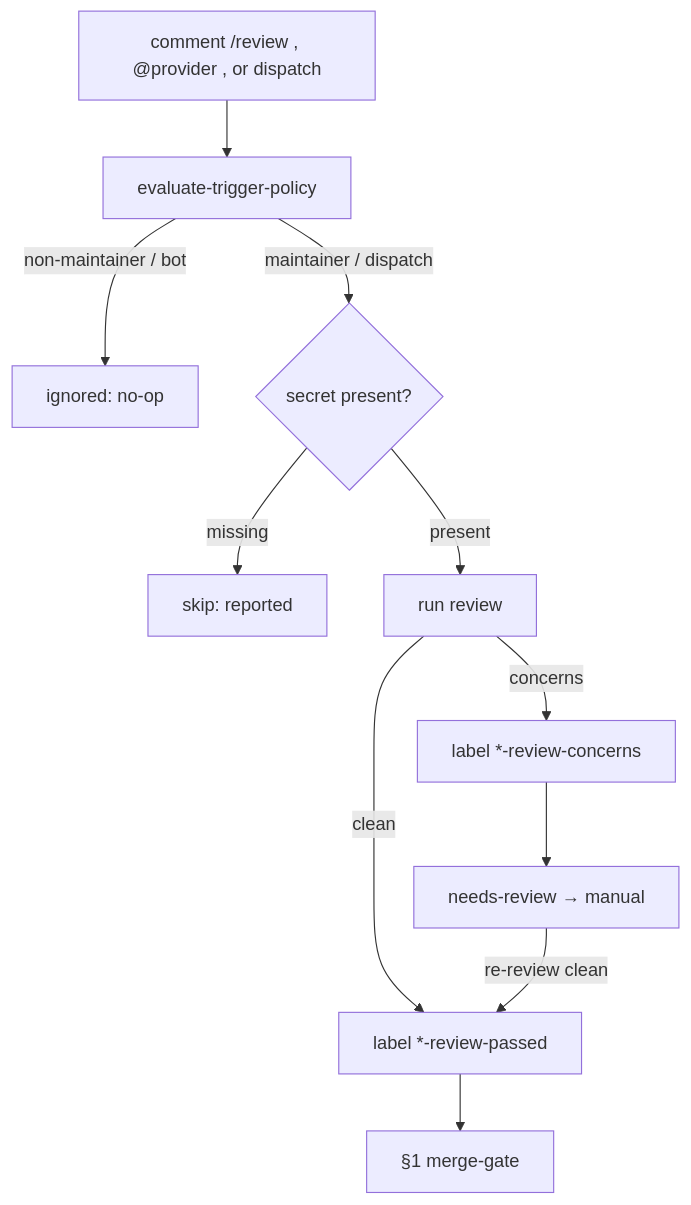
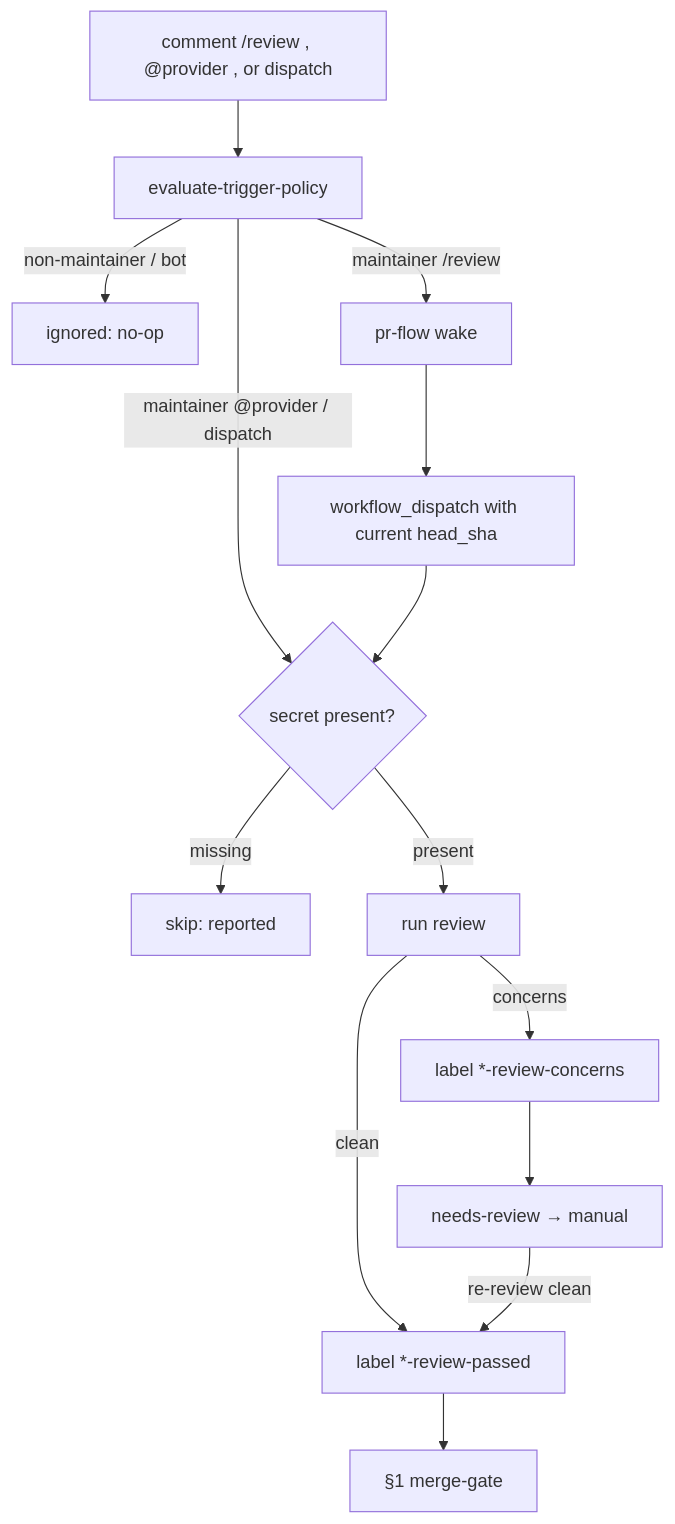
Before and after one commit to kostua16/amnezia-control-panel: the third of 6 diagrams in docs/workflow-e2e-scenarios.md, drawn with Mermaid. The commit also changed other lines of this file and 13 other files, not shown here.

Commit message:
fix: route manual review through pr flow

````diff
--- a/docs/workflow-e2e-scenarios.md
+++ b/docs/workflow-e2e-scenarios.md
@@ -110,13 +110,16 @@
 ```mermaid
 flowchart TD
   C[comment /review , @provider , or dispatch] --> G[evaluate-trigger-policy]
   G -->|non-maintainer / bot| IG[ignored: no-op]
-  G -->|maintainer / dispatch| SE{secret present?}
+  G -->|maintainer /review| PF[pr-flow wake]
+  PF --> WD[workflow_dispatch with current head_sha]
+  G -->|maintainer @provider / dispatch| SE{secret present?}
+  WD --> SE
   SE -->|missing| SK[skip: reported]
   SE -->|present| RV[run review]
   RV -->|clean| LP[label *-review-passed]
   RV -->|concerns| LC[label *-review-concerns]
   LP --> S1[§1 merge-gate]
   LC --> NR[needs-review → manual]
   NR -->|re-review clean| LP
 ```
````
